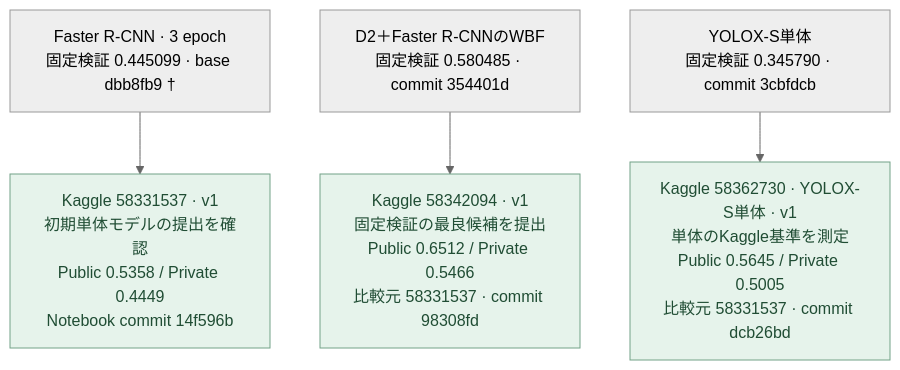
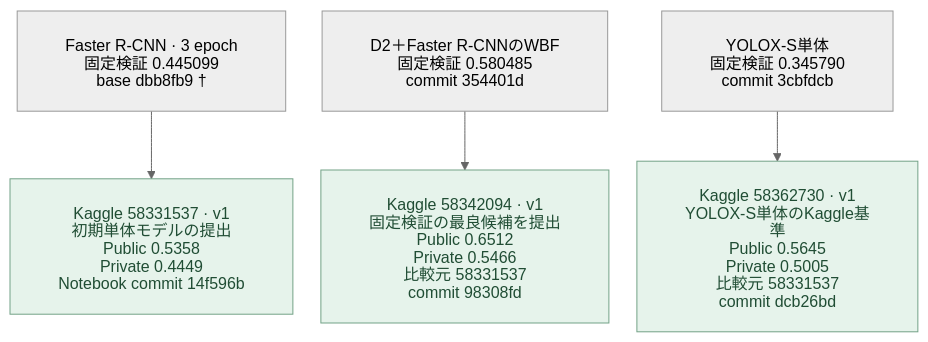
Before and after one commit to Yutarotaro/kaggle-global-wheat-detection: the third of 3 diagrams in docs/experiment-lineage.md, drawn with Mermaid (neutral theme). The commit also changed other lines of this file, not shown here.

Commit message:
docs: 実験系譜のMermaidラベルがはみ出すのを直す

````diff
--- a/docs/experiment-lineage.md
+++ b/docs/experiment-lineage.md
@@ -94,16 +96,17 @@
 ```mermaid
+%%{init: {"htmlLabels": false, "flowchart": {"padding": 24, "nodeSpacing": 28}}}%%
 flowchart TB
-    B3["Faster R-CNN · 3 epoch<br/>固定検証 0.445099 · base dbb8fb9 †"]
-    W2["D2＋Faster R-CNNのWBF<br/>固定検証 0.580485 · commit 354401d"]
-    Y["YOLOX-S単体<br/>固定検証 0.345790 · commit 3cbfdcb"]
-    S1["Kaggle 58331537 · v1<br/>初期単体モデルの提出を確認<br/>Public 0.5358 / Private 0.4449<br/>Notebook commit 14f596b"]
-    S2["Kaggle 58342094 · v1<br/>固定検証の最良候補を提出<br/>Public 0.6512 / Private 0.5466<br/>比較元 58331537 · commit 98308fd"]
-    SY["Kaggle 58362730 · YOLOX-S単体 · v1<br/>単体のKaggle基準を測定<br/>Public 0.5645 / Private 0.5005<br/>比較元 58331537 · commit dcb26bd"]
+    B3["Faster R-CNN · 3 epoch<br/>固定検証 0.445099<br/>base dbb8fb9 †"]
+    W2["D2＋Faster R-CNNのWBF<br/>固定検証 0.580485<br/>commit 354401d"]
+    Y["YOLOX-S単体<br/>固定検証 0.345790<br/>commit 3cbfdcb"]
+    S1["Kaggle 58331537 · v1<br/>初期単体モデルの提出<br/>Public 0.5358<br/>Private 0.4449<br/>Notebook commit 14f596b"]
+    S2["Kaggle 58342094 · v1<br/>固定検証の最良候補を提出<br/>Public 0.6512<br/>Private 0.5466<br/>比較元 58331537<br/>commit 98308fd"]
+    SY["Kaggle 58362730 · v1<br/>YOLOX-S単体のKaggle基準<br/>Public 0.5645<br/>Private 0.5005<br/>比較元 58331537<br/>commit dcb26bd"]
 
     B3 --> S1
     W2 --> S2
     Y --> SY
 
     classDef submission fill:#e6f3eb,color:#204d34,stroke:#73a287
     class S1,S2,SY submission
 ```
````
